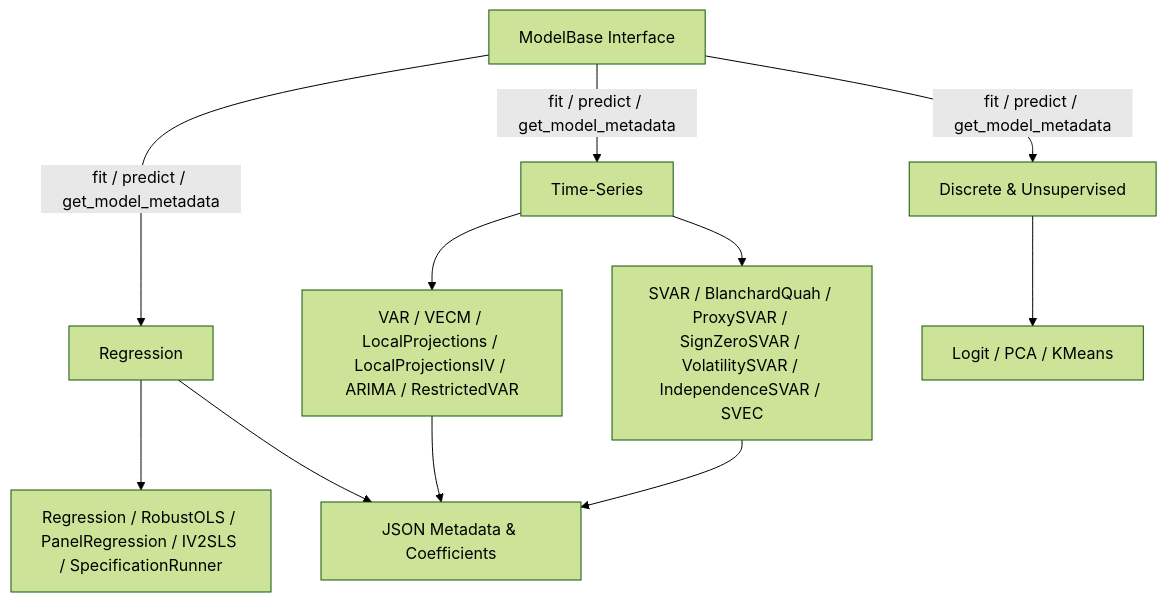
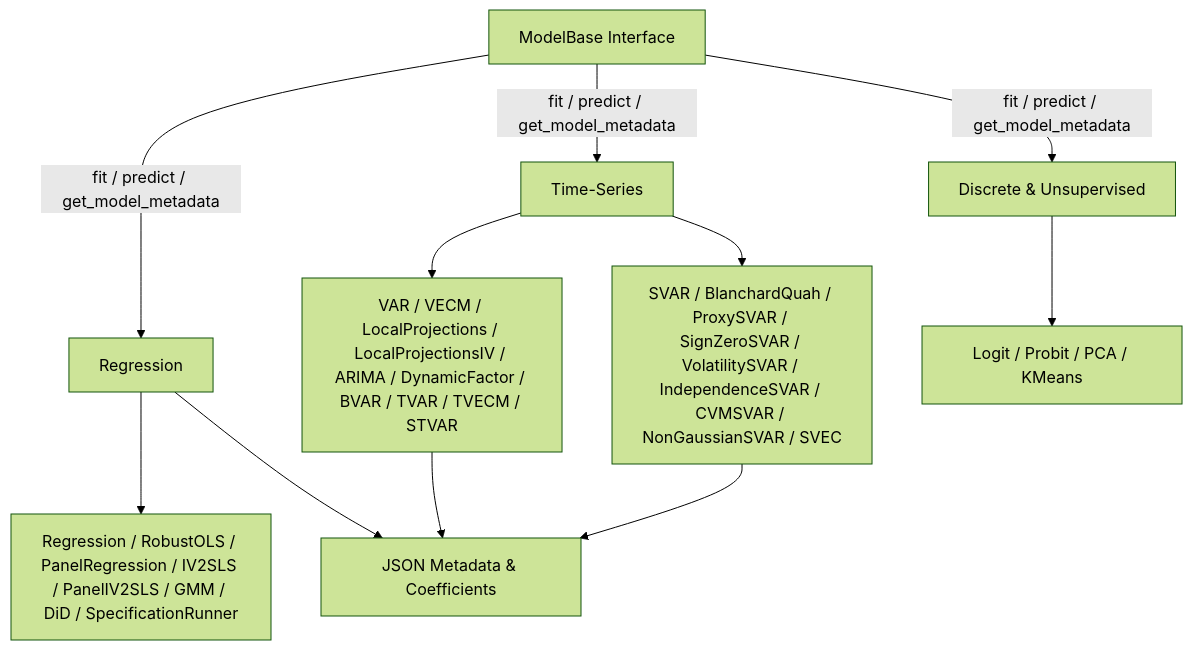
The third of 4 diagrams in docs/library/architecture.md (corybaird/stats-transformer), drawn with Mermaid (forest theme) before and after one commit. The commit also changed other lines of this file and 1 other file, not shown here.

Commit message:
DOCS Synchronize model inventory and pipeline access across core architecture

````diff
--- a/docs/library/architecture.md
+++ b/docs/library/architecture.md
@@ -115,15 +115,15 @@
 ```mermaid
 flowchart TD
     MB[ModelBase Interface] --> |fit / predict / get_model_metadata| REG[Regression]
     MB --> |fit / predict / get_model_metadata| TS[Time-Series]
     MB --> |fit / predict / get_model_metadata| UNSUP[Discrete & Unsupervised]
 
-    REG --> OLS[Regression / RobustOLS / PanelRegression / IV2SLS / SpecificationRunner]
-    TS --> VAR[VAR / VECM / LocalProjections / LocalProjectionsIV / ARIMA / RestrictedVAR]
-    TS --> SVAR[SVAR / BlanchardQuah / ProxySVAR / SignZeroSVAR / VolatilitySVAR / IndependenceSVAR / SVEC]
-    UNSUP --> DIS[Logit / PCA / KMeans]
+    REG --> OLS[Regression / RobustOLS / PanelRegression / IV2SLS / PanelIV2SLS / GMM / DiD / SpecificationRunner]
+    TS --> VAR[VAR / VECM / LocalProjections / LocalProjectionsIV / ARIMA / DynamicFactor / BVAR / TVAR / TVECM / STVAR]
+    TS --> SVAR[SVAR / BlanchardQuah / ProxySVAR / SignZeroSVAR / VolatilitySVAR / IndependenceSVAR / CVMSVAR / NonGaussianSVAR / SVEC]
+    UNSUP --> DIS[Logit / Probit / PCA / KMeans]
 
     VAR --> META[JSON Metadata & Coefficients]
     SVAR --> META
     REG --> META
 ```
````
